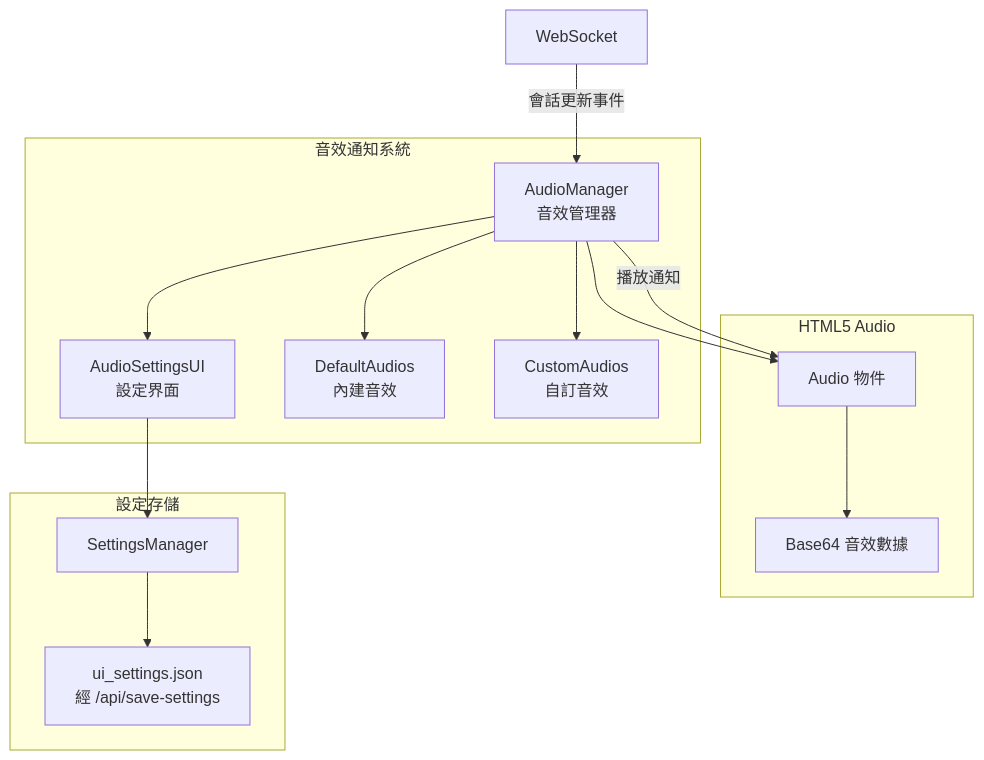
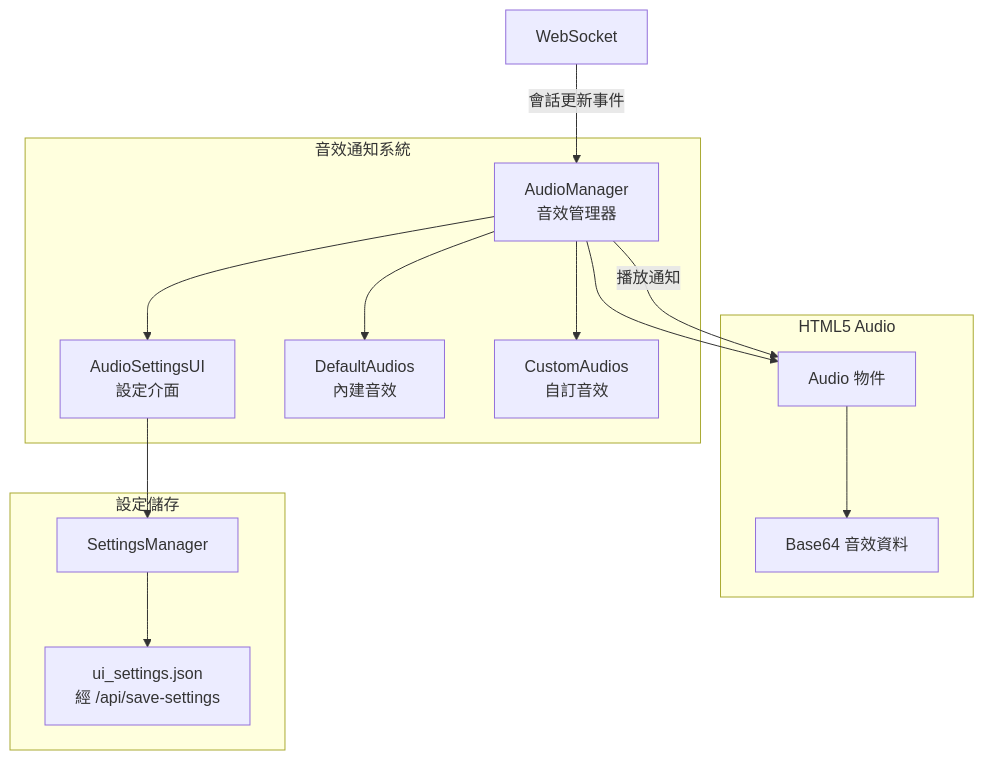
The fourth of 8 diagrams in docs/architecture/system-overview.md (CloudEngineHub/mcp-feedback-enhanced), drawn with Mermaid before and after one commit. The commit also changed other lines of this file, not shown here.

````diff
--- a/docs/architecture/system-overview.md
+++ b/docs/architecture/system-overview.md
@@ -368,30 +368,30 @@
 ```mermaid
 graph TB
     subgraph "音效通知系統"
         AM[AudioManager<br/>音效管理器]
-        ASU[AudioSettingsUI<br/>設定界面]
+        ASU[AudioSettingsUI<br/>設定介面]
         DA[DefaultAudios<br/>內建音效]
         CA[CustomAudios<br/>自訂音效]
     end
 
     subgraph "HTML5 Audio"
         AUDIO[Audio 物件]
-        BASE64[Base64 音效數據]
+        BASE64[Base64 音效資料]
     end
 
-    subgraph "設定存儲"
+    subgraph "設定儲存"
         LS[ui_settings.json<br/>經 /api/save-settings]
         SM[SettingsManager]
     end
 
     AM --> ASU
     AM --> DA
     AM --> CA
     AM --> AUDIO
     AUDIO --> BASE64
     ASU --> SM
     SM --> LS
 
     WS[WebSocket] -->|會話更新事件| AM
     AM -->|播放通知| AUDIO
 ```
````
